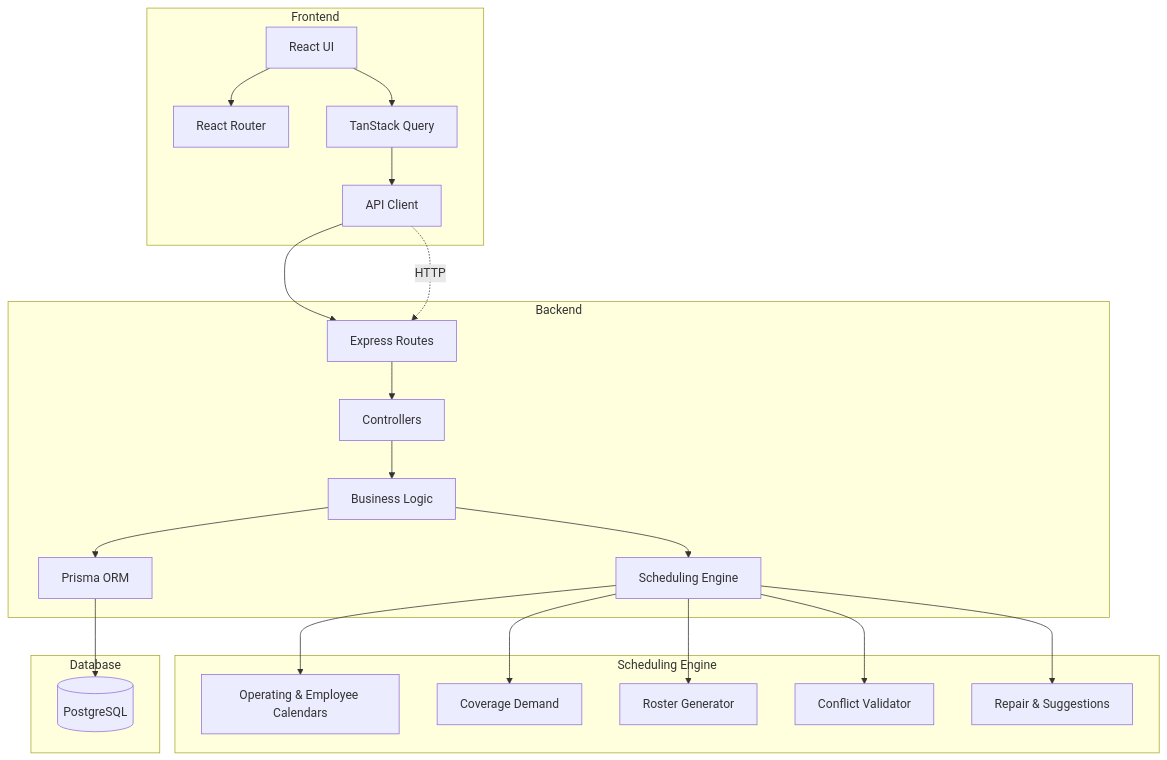
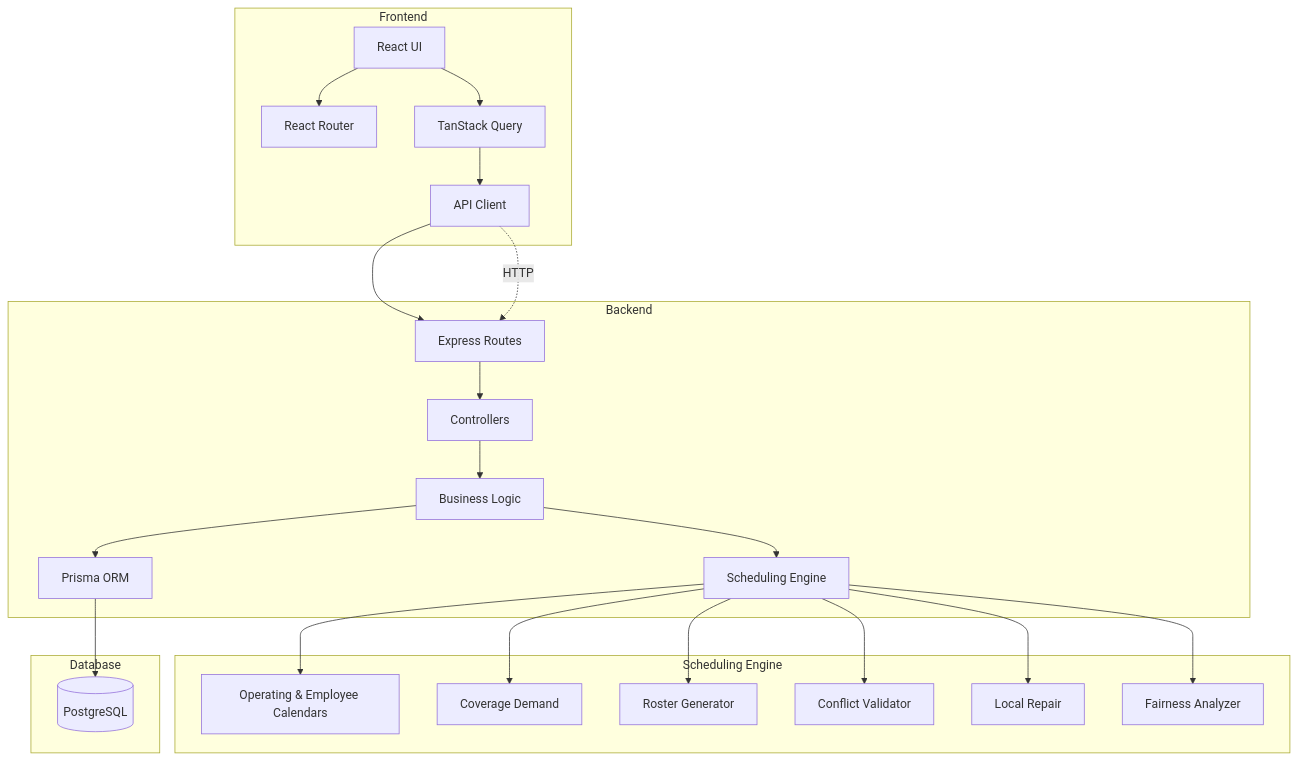
The diagram in README.md (chinmaycode1/smart_roster), drawn with Mermaid before and after one commit. The commit also changed other lines of this file and 47 other files, not shown here.

````diff
--- a/README.md
+++ b/README.md
@@ -17,30 +28,31 @@
 ```mermaid
 graph TB
     subgraph Frontend
         UI[React UI] --> Router[React Router]
         UI --> Query[TanStack Query]
         Query --> API[API Client]
     end
 
     subgraph Backend
         API --> Routes[Express Routes]
         Routes --> Controllers[Controllers]
         Controllers --> Services[Business Logic]
         Services --> Prisma[Prisma ORM]
         Services --> Engine[Scheduling Engine]
     end
 
     subgraph Scheduling Engine
         Engine --> Calendar[Operating & Employee Calendars]
         Engine --> Demand[Coverage Demand]
         Engine --> Generator[Roster Generator]
         Engine --> Validator[Conflict Validator]
-        Engine --> Repair[Repair & Suggestions]
+        Engine --> Repair[Local Repair]
+        Engine --> Fairness[Fairness Analyzer]
     end
 
     subgraph Database
         Prisma --> DB[(PostgreSQL)]
     end
 
     API -.HTTP.-> Routes
 ```
````
